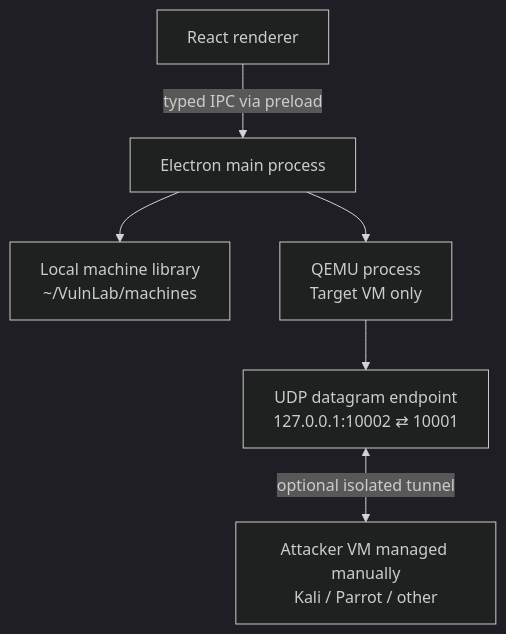
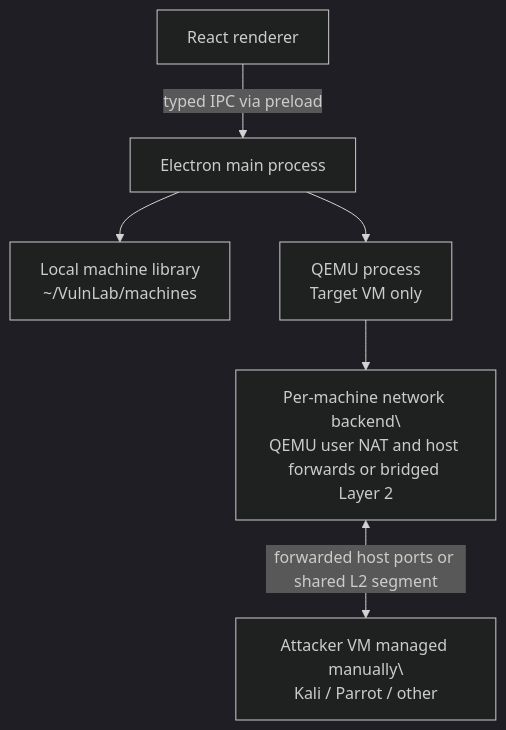
Before and after one commit to truvx/VulnLab-Manager: the diagram in docs/ARCHITECTURE.md, drawn with Mermaid (dark theme).

Commit message:
docs(architecture): remove legacy UDP tunnel diagram and describe NAT/bridged paths

````diff
--- a/docs/ARCHITECTURE.md
+++ b/docs/ARCHITECTURE.md
@@ -5,8 +5,8 @@
 ```mermaid
 flowchart TD
   UI[React renderer] -->|typed IPC via preload| MAIN[Electron main process]
   MAIN --> LIB[Local machine library\n~/VulnLab/machines]
   MAIN --> QEMU[QEMU process\nTarget VM only]
-  QEMU --> UDP[UDP datagram endpoint\n127.0.0.1:10002 ⇄ 10001]
-  UDP <-->|optional isolated tunnel| ATTACKER[Attacker VM managed manually\nKali / Parrot / other]
+  QEMU --> NET[Per-machine network backend\\nQEMU user NAT and host forwards or bridged Layer 2]
+  NET <-->|forwarded host ports or shared L2 segment| ATTACKER[Attacker VM managed manually\\nKali / Parrot / other]
 ```
````
